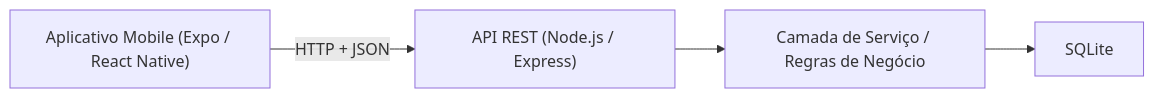
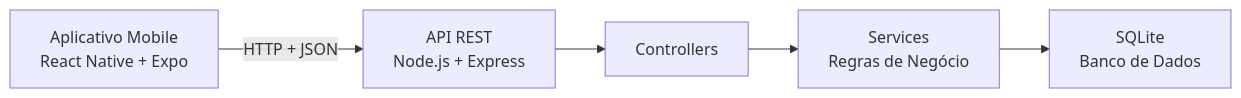
Before and after one commit to brunomanoellima/EuLevo: the first of 5 diagrams in DOCUMENTACAO_PROJETO_EULEVO.md, drawn with Mermaid. The commit also changed other lines of this file, not shown here.

````diff
--- a/DOCUMENTACAO_PROJETO_EULEVO.md
+++ b/DOCUMENTACAO_PROJETO_EULEVO.md
@@ -143,6 +353,7 @@
 ```mermaid
 flowchart LR
-    A["Aplicativo Mobile (Expo / React Native)"] -->|"HTTP + JSON"| B["API REST (Node.js / Express)"]
-    B --> C["Camada de Serviço / Regras de Negócio"]
-    C --> D["SQLite"]
+    A["Aplicativo Mobile<br/>React Native + Expo"] -->|"HTTP + JSON"| B["API REST<br/>Node.js + Express"]
+    B --> C["Controllers"]
+    C --> D["Services<br/>Regras de Negócio"]
+    D --> E["SQLite<br/>Banco de Dados"]
 ```
````
